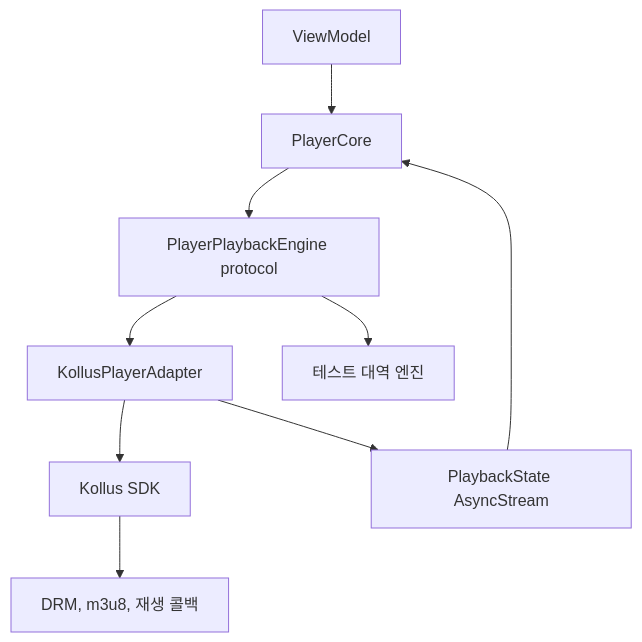
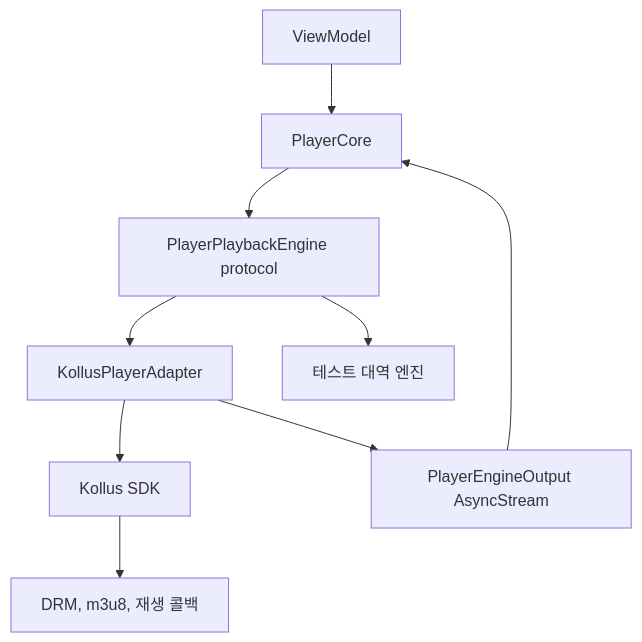
Before and after one commit to megastudymobile/ms-videoplayer-ios: the sixth of 6 diagrams in docs/blog/03-why-kollus-sdk.md, drawn with Mermaid. The commit also changed other lines of this file and 3 other files, not shown here.

````diff
--- a/docs/blog/03-why-kollus-sdk.md
+++ b/docs/blog/03-why-kollus-sdk.md
@@ -316,11 +324,11 @@
 ```mermaid
 flowchart TB
     ViewModel[ViewModel] --> Core[PlayerCore]
     Core --> Protocol[PlayerPlaybackEngine protocol]
     Protocol --> KollusAdapter[KollusPlayerAdapter]
     Protocol --> Fake[테스트 대역 엔진]
     KollusAdapter --> SDK[Kollus SDK]
     SDK --> VendorLogic[DRM, m3u8, 재생 콜백]
-    KollusAdapter --> Stream[PlaybackState AsyncStream]
+    KollusAdapter --> Stream[PlayerEngineOutput AsyncStream]
     Stream --> Core
 ```
````
